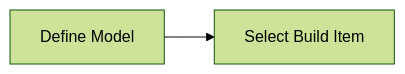
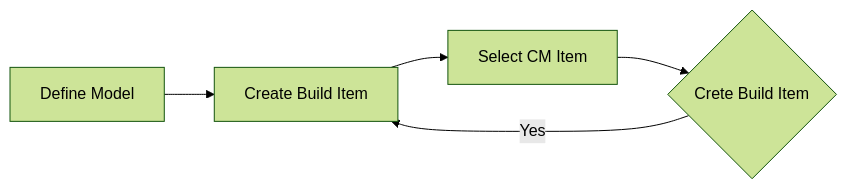
The diagram in maximo/docs/asset-configuration-manager/models(cm).md (codersyacht/maximo-knowledge-center), drawn with Mermaid (forest theme) before and after one commit.

Commit message:
models(cm).md

````diff
--- a/maximo/docs/asset-configuration-manager/models(cm).md
+++ b/maximo/docs/asset-configuration-manager/models(cm).md
@@ -16,4 +16,7 @@
 ```mermaid
 graph LR
-A[Define Model] --> B[Select Build Item]
+A[Define Model] --> B[Create Build Item]
+B --> C[Select CM Item]
+C --> D{Crete Build Item}
+D -->|Yes|B
 ```
````
